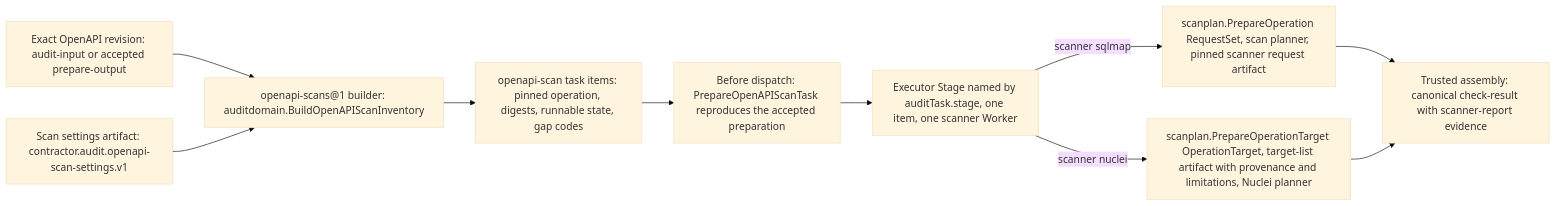
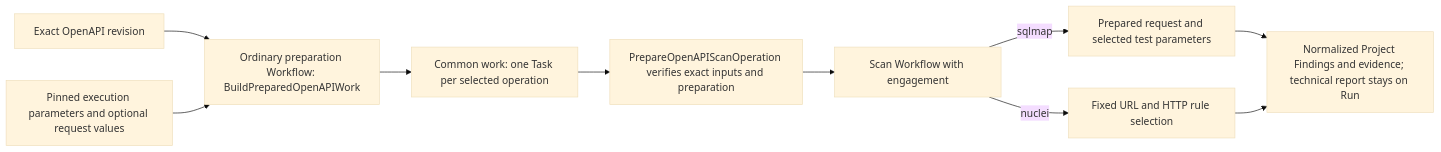
One commit to grauwolf32/contractor changed the third of 3 diagrams in docs/spec/audits/scans.md. Above: the diagram before and after it, drawn with Mermaid (base theme). The commit also changed other lines of this file and 200 other files, not shown here.

First line of the commit message:
feat(audits): run scan profiles through engagement

````diff
--- a/docs/spec/audits/scans.md
+++ b/docs/spec/audits/scans.md
@@ -138,12 +126,12 @@
 ```mermaid
 flowchart LR
-    OAS["Exact OpenAPI revision: audit-input or accepted prepare-output"] --> B["openapi-scans@1 builder: auditdomain.BuildOpenAPIScanInventory"]
-    SET["Scan settings artifact: contractor.audit.openapi-scan-settings.v1"] --> B
-    B --> T["openapi-scan task items: pinned operation, digests, runnable state, gap codes"]
-    T --> D["Before dispatch: PrepareOpenAPIScanTask reproduces the accepted preparation"]
-    D --> X["Executor Stage named by auditTask.stage, one item, one scanner Worker"]
-    X -->|"scanner sqlmap"| SQ["scanplan.PrepareOperation RequestSet, scan planner, pinned scanner request artifact"]
-    X -->|"scanner nuclei"| NU["scanplan.PrepareOperationTarget OperationTarget, target-list artifact with provenance and limitations, Nuclei planner"]
-    SQ --> RES["Trusted assembly: canonical check-result with scanner-report evidence"]
+    OAS["Exact OpenAPI revision"] --> B["Ordinary preparation Workflow: BuildPreparedOpenAPIWork"]
+    PAR["Pinned execution parameters and optional request values"] --> B
+    B --> T["Common work: one Task per selected operation"]
+    T --> D["PrepareOpenAPIScanOperation verifies exact inputs and preparation"]
+    D --> X["Scan Workflow with engagement"]
+    X -->|"sqlmap"| SQ["Prepared request and selected test parameters"]
+    X -->|"nuclei"| NU["Fixed URL and HTTP rule selection"]
+    SQ --> RES["Normalized Project Findings and evidence; technical report stays on Run"]
     NU --> RES
 ```
````
